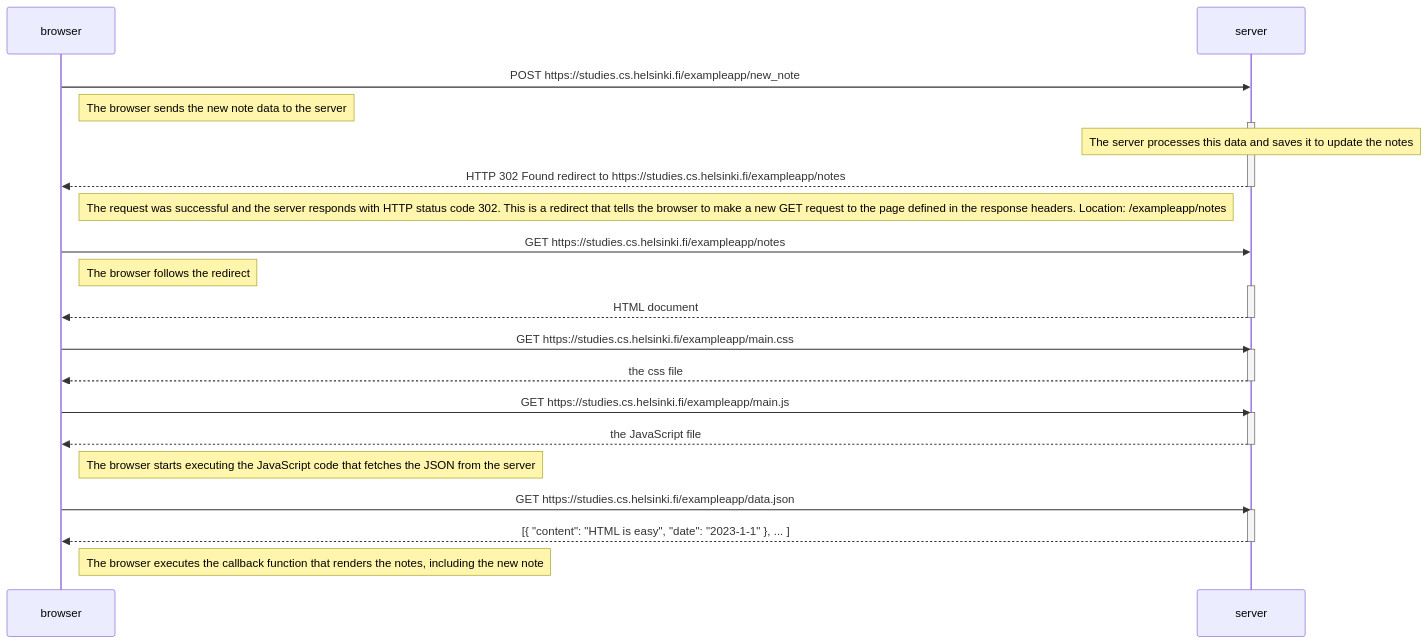
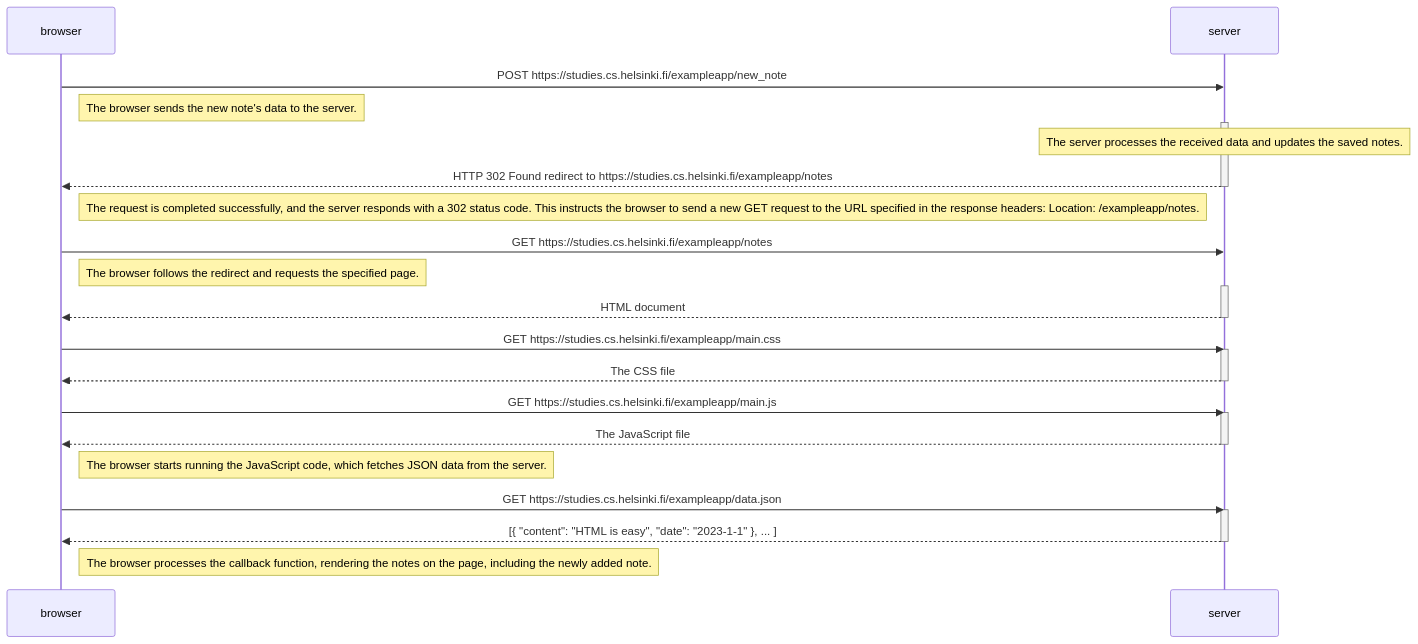
The diagram in part_0/0.4.md (holoflash/full_stack_open), drawn with Mermaid before and after one commit. The commit also changed 2 other files, not shown here.

Commit message:
Improve solutions

````diff
--- a/part_0/0.4.md
+++ b/part_0/0.4.md
@@ -1,39 +1,39 @@
 ```mermaid
 sequenceDiagram
     participant browser
     participant server
 
     browser->>server: POST https://studies.cs.helsinki.fi/exampleapp/new_note
-    Note right of browser: The browser sends the new note data to the server
+    Note right of browser: The browser sends the new note's data to the server.
     activate server
-    Note over server: The server processes this data and saves it to update the notes
+    Note over server: The server processes the received data and updates the saved notes.
     server-->>browser: HTTP 302 Found redirect to https://studies.cs.helsinki.fi/exampleapp/notes
     deactivate server
 
-    Note right of browser: The request was successful and the server responds with HTTP status code 302. This is a redirect that tells the browser to make a new GET request to the page defined in the response headers. Location: /exampleapp/notes
+    Note right of browser: The request is completed successfully, and the server responds with a 302 status code. This instructs the browser to send a new GET request to the URL specified in the response headers: Location: /exampleapp/notes.
 
     browser->>server: GET https://studies.cs.helsinki.fi/exampleapp/notes
-    Note right of browser: The browser follows the redirect
+    Note right of browser: The browser follows the redirect and requests the specified page.
     activate server
     server-->>browser: HTML document
     deactivate server
 
     browser->>server: GET https://studies.cs.helsinki.fi/exampleapp/main.css
     activate server
-    server-->>browser: the css file
+    server-->>browser: The CSS file
     deactivate server
 
     browser->>server: GET https://studies.cs.helsinki.fi/exampleapp/main.js
     activate server
-    server-->>browser: the JavaScript file
+    server-->>browser: The JavaScript file
     deactivate server
 
-    Note right of browser: The browser starts executing the JavaScript code that fetches the JSON from the server
+    Note right of browser: The browser starts running the JavaScript code, which fetches JSON data from the server.
 
     browser->>server: GET https://studies.cs.helsinki.fi/exampleapp/data.json
     activate server
     server-->>browser: [{ "content": "HTML is easy", "date": "2023-1-1" }, ... ]
     deactivate server
 
-    Note right of browser: The browser executes the callback function that renders the notes, including the new note
+    Note right of browser: The browser processes the callback function, rendering the notes on the page, including the newly added note.
 ```
````
